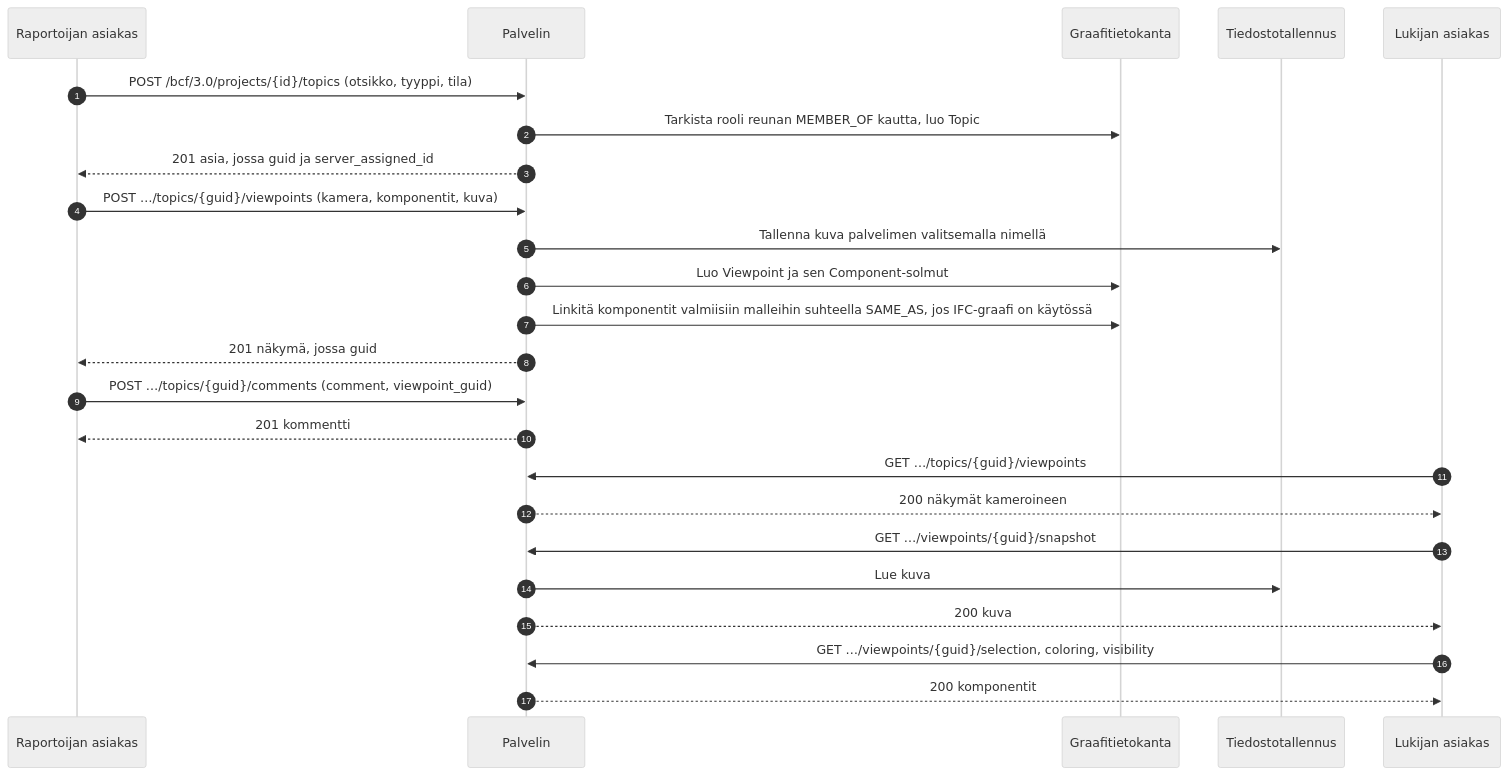
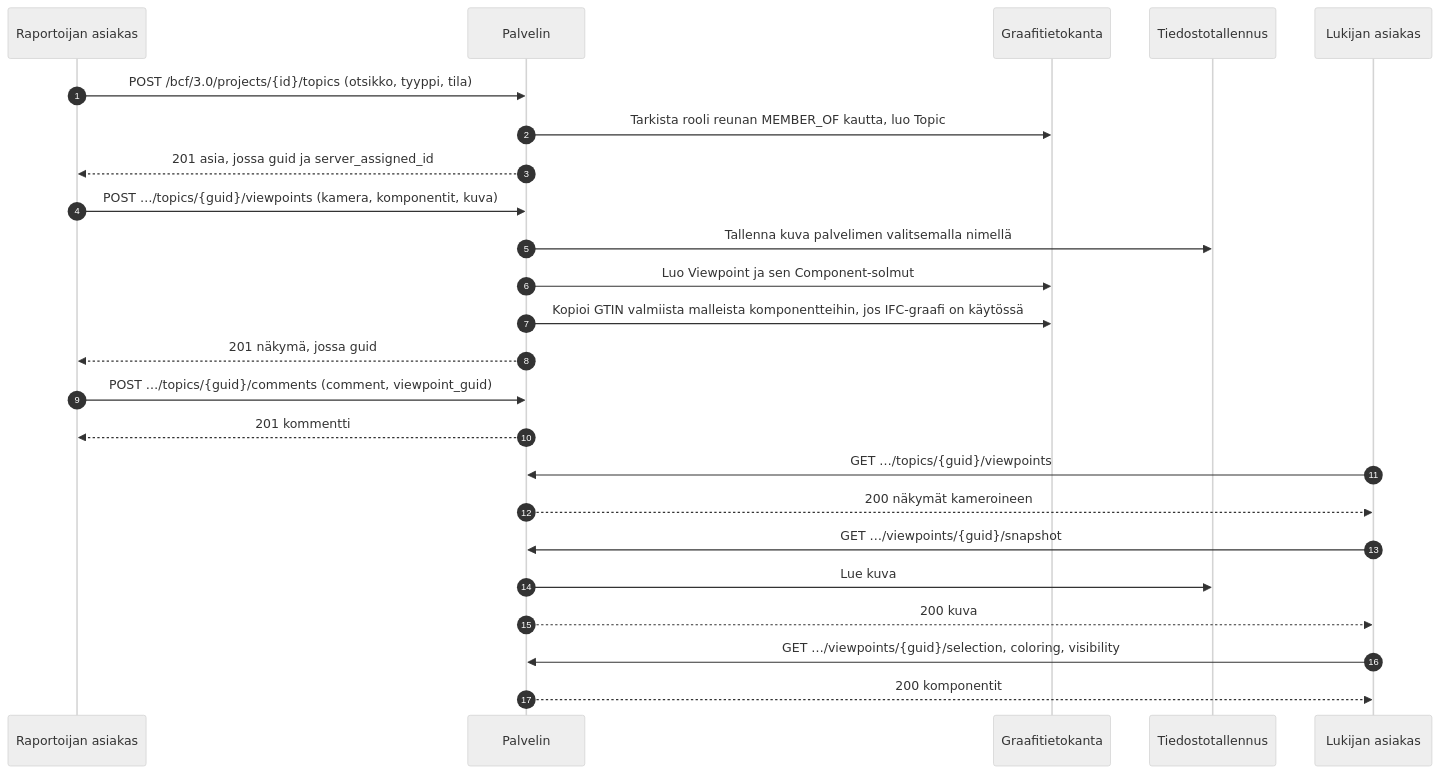
The diagram in docs/fi/flows/bcf-viewpoint.md (marwiss/Kontroll), drawn with Mermaid (neutral theme) before and after one commit. The commit also changed other lines of this file and 50 other files, not shown here.

First line of the commit message:
Take the queries and the GTIN from IFC-LPG

````diff
--- a/docs/fi/flows/bcf-viewpoint.md
+++ b/docs/fi/flows/bcf-viewpoint.md
@@ -8,27 +8,27 @@
 ```mermaid
 sequenceDiagram
     autonumber
     participant A as Raportoijan asiakas
     participant S as Palvelin
     participant G as Graafitietokanta
     participant F as Tiedostotallennus
     participant B as Lukijan asiakas
 
     A->>S: POST /bcf/3.0/projects/{id}/topics (otsikko, tyyppi, tila)
     S->>G: Tarkista rooli reunan MEMBER_OF kautta, luo Topic
     S-->>A: 201 asia, jossa guid ja server_assigned_id
     A->>S: POST …/topics/{guid}/viewpoints (kamera, komponentit, kuva)
     S->>F: Tallenna kuva palvelimen valitsemalla nimellä
     S->>G: Luo Viewpoint ja sen Component-solmut
-    S->>G: Linkitä komponentit valmiisiin malleihin suhteella SAME_AS, jos IFC-graafi on käytössä
+    S->>G: Kopioi GTIN valmiista malleista komponentteihin, jos IFC-graafi on käytössä
     S-->>A: 201 näkymä, jossa guid
     A->>S: POST …/topics/{guid}/comments (comment, viewpoint_guid)
     S-->>A: 201 kommentti
     B->>S: GET …/topics/{guid}/viewpoints
     S-->>B: 200 näkymät kameroineen
     B->>S: GET …/viewpoints/{guid}/snapshot
     S->>F: Lue kuva
     S-->>B: 200 kuva
     B->>S: GET …/viewpoints/{guid}/selection, coloring, visibility
     S-->>B: 200 komponentit
 ```
````
